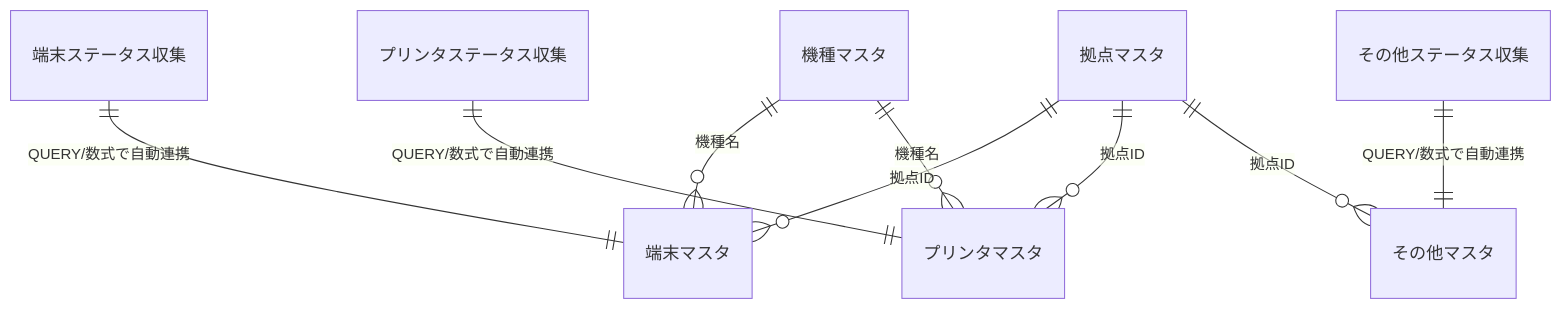
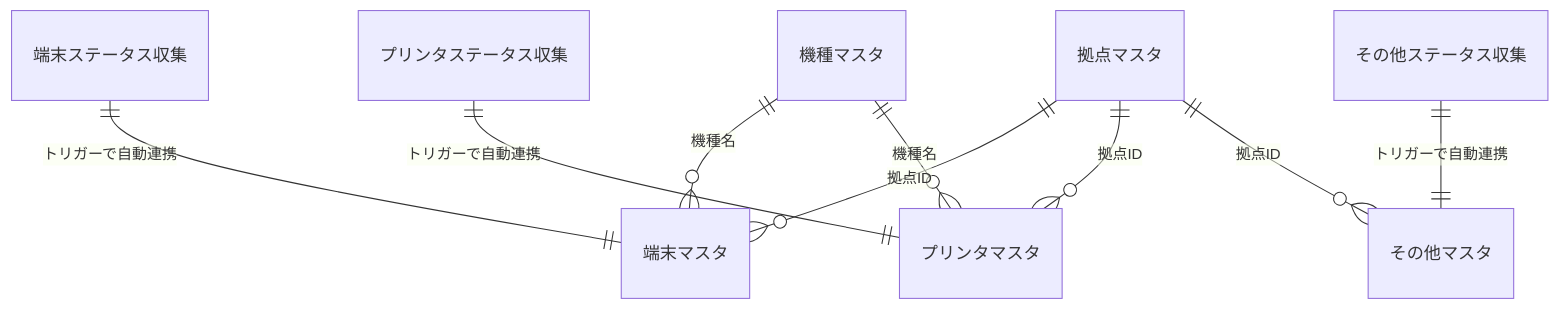
Before and after one commit to h-sotokawa/delta: the first of 3 diagrams in .doc/03_design/01_data_design.md, drawn with Mermaid. The commit also changed other lines of this file and 7 other files, not shown here.

````diff
--- a/.doc/03_design/01_data_design.md
+++ b/.doc/03_design/01_data_design.md
@@ -25,11 +25,11 @@
 ```mermaid
 erDiagram
-    端末ステータス収集 ||--|| 端末マスタ : "QUERY/数式で自動連携"
-    プリンタステータス収集 ||--|| プリンタマスタ : "QUERY/数式で自動連携"
-    その他ステータス収集 ||--|| その他マスタ : "QUERY/数式で自動連携"
+    端末ステータス収集 ||--|| 端末マスタ : "トリガーで自動連携"
+    プリンタステータス収集 ||--|| プリンタマスタ : "トリガーで自動連携"
+    その他ステータス収集 ||--|| その他マスタ : "トリガーで自動連携"
     拠点マスタ ||--o{ 端末マスタ : "拠点ID"
     拠点マスタ ||--o{ プリンタマスタ : "拠点ID"
     拠点マスタ ||--o{ その他マスタ : "拠点ID"
     機種マスタ ||--o{ 端末マスタ : "機種名"
     機種マスタ ||--o{ プリンタマスタ : "機種名"
 ```
````
